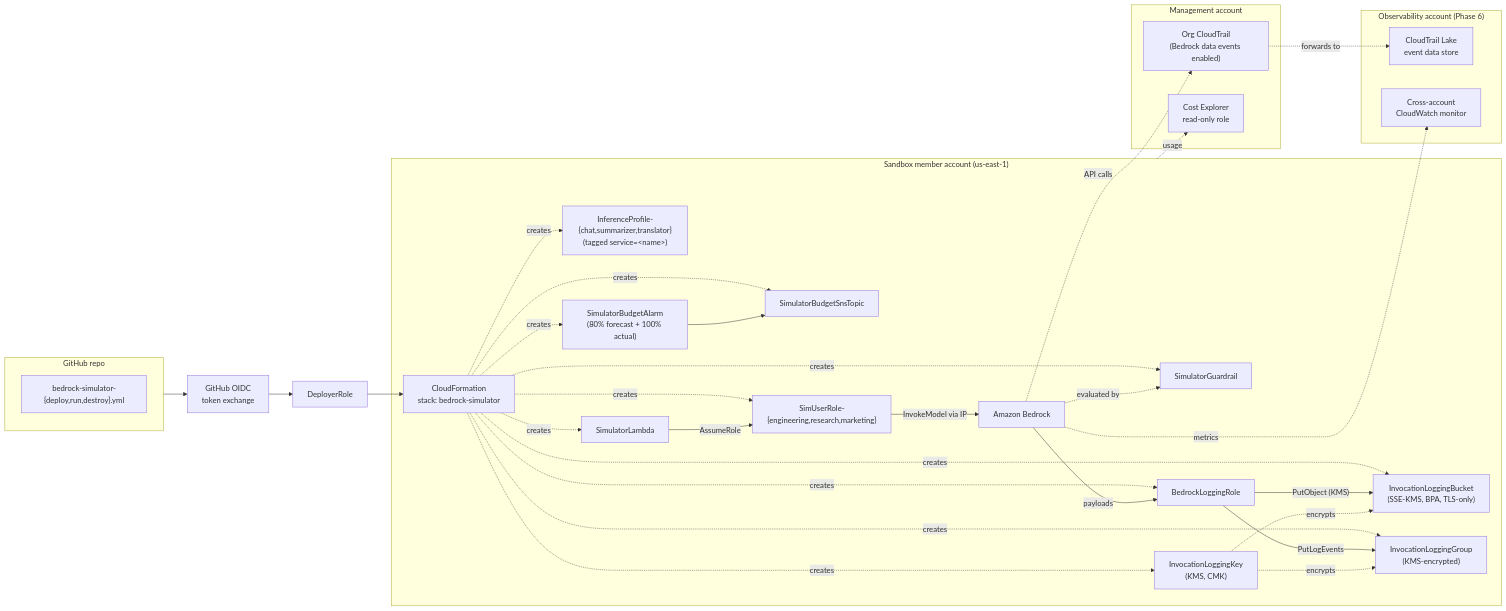
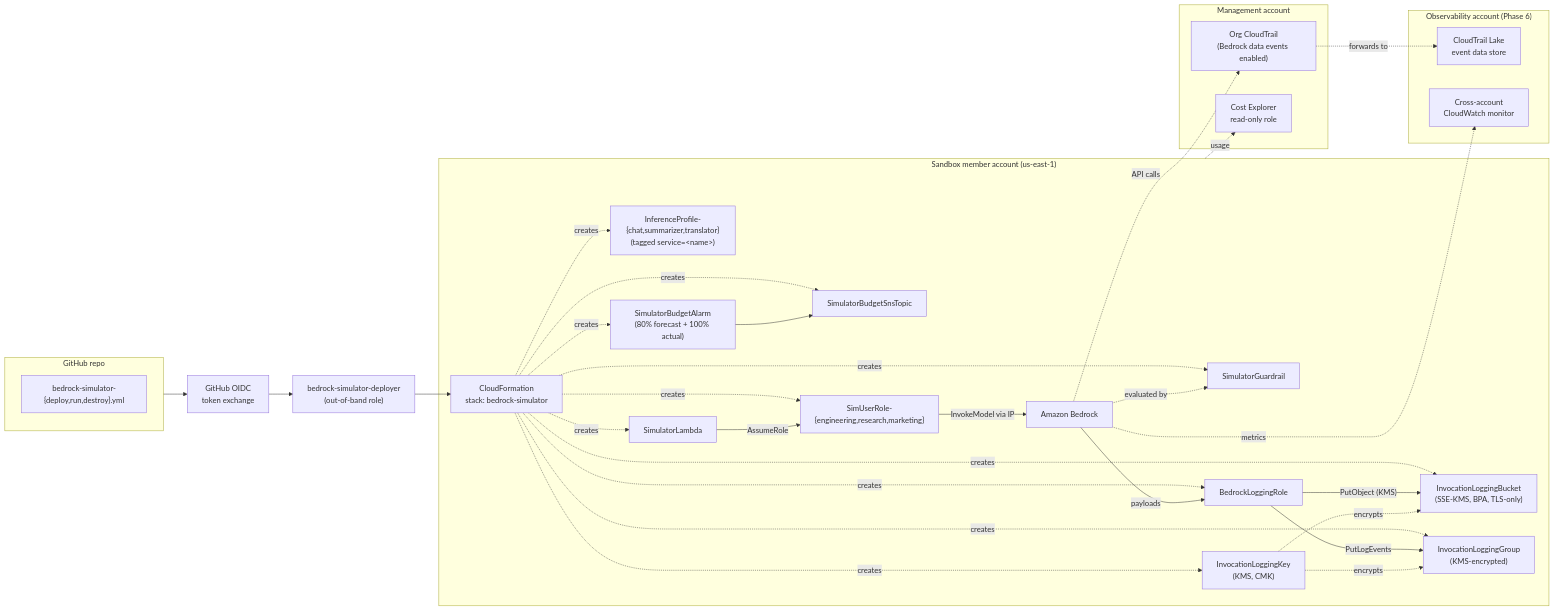
Before and after one commit to fibaneza/llm-usage-lens: the diagram in docs/specs/2026-05-24-bedrock-simulator.md, drawn with Mermaid. The commit also changed other lines of this file and 13 other files, not shown here.

First line of the commit message:
ci: add bedrock-simulator bootstrap.sh (one-time local setup) (#41)

````diff
--- a/docs/specs/2026-05-24-bedrock-simulator.md
+++ b/docs/specs/2026-05-24-bedrock-simulator.md
@@ -36,61 +36,61 @@
 ```mermaid
 flowchart LR
     subgraph GH["GitHub repo"]
         WF["bedrock-simulator-{deploy,run,destroy}.yml"]
     end
 
     OIDC["GitHub OIDC<br/>token exchange"]
-    DR["DeployerRole"]
+    DR["bedrock-simulator-deployer<br/>(out-of-band role)"]
     GH --> OIDC --> DR
 
     subgraph SBX["Sandbox member account (us-east-1)"]
         CFN["CloudFormation<br/>stack: bedrock-simulator"]
         L["SimulatorLambda"]
         UR["SimUserRole-{engineering,research,marketing}"]
         IP["InferenceProfile-{chat,summarizer,translator}<br/>(tagged service=&lt;name&gt;)"]
         GR["SimulatorGuardrail"]
         BR["Amazon Bedrock"]
         BLR["BedrockLoggingRole"]
         KMS["InvocationLoggingKey<br/>(KMS, CMK)"]
         S3["InvocationLoggingBucket<br/>(SSE-KMS, BPA, TLS-only)"]
         CWL["InvocationLoggingGroup<br/>(KMS-encrypted)"]
         SNS["SimulatorBudgetSnsTopic"]
         BUD["SimulatorBudgetAlarm<br/>(80% forecast + 100% actual)"]
     end
 
     DR --> CFN
     CFN -.creates.-> L
     CFN -.creates.-> UR
     CFN -.creates.-> IP
     CFN -.creates.-> GR
     CFN -.creates.-> S3
     CFN -.creates.-> CWL
     CFN -.creates.-> KMS
     CFN -.creates.-> BLR
     CFN -.creates.-> SNS
     CFN -.creates.-> BUD
     L -- AssumeRole --> UR
     UR -- InvokeModel via IP --> BR
     BR -. evaluated by .-> GR
     BR -- payloads --> BLR
     BLR -- PutObject (KMS) --> S3
     BLR -- PutLogEvents --> CWL
     KMS -. encrypts .-> S3
     KMS -. encrypts .-> CWL
     BUD --> SNS
 
     subgraph MGMT["Management account"]
         OCT["Org CloudTrail<br/>(Bedrock data events enabled)"]
         OCE["Cost Explorer<br/>read-only role"]
     end
 
     subgraph OBS["Observability account (Phase 6)"]
         OCTL["CloudTrail Lake<br/>event data store"]
         OCW["Cross-account<br/>CloudWatch monitor"]
     end
 
     BR -. API calls .-> OCT
     OCT -. forwards to .-> OCTL
     BR -. metrics .-> OCW
     SBX -. usage .-> OCE
 ```
````
